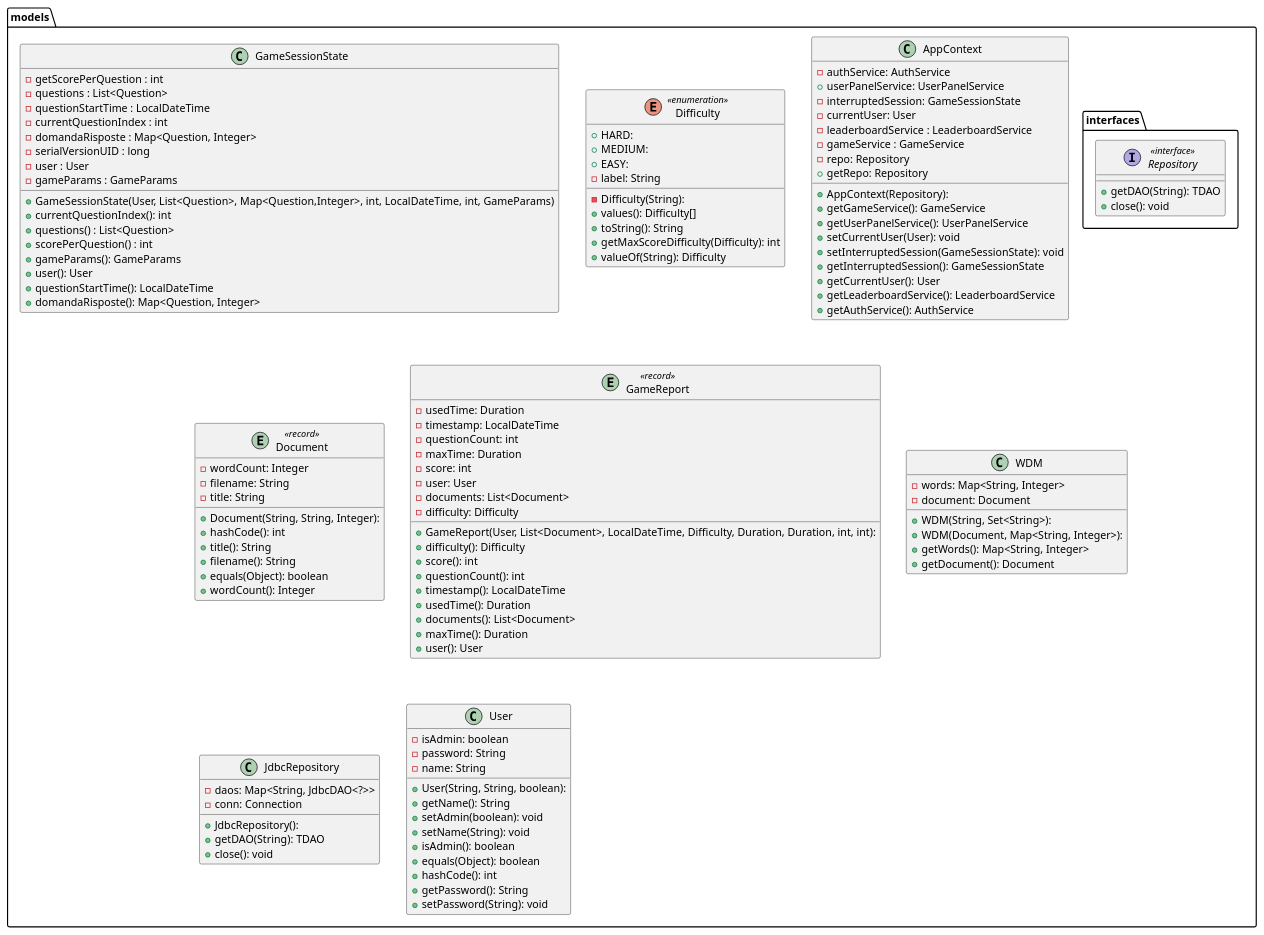
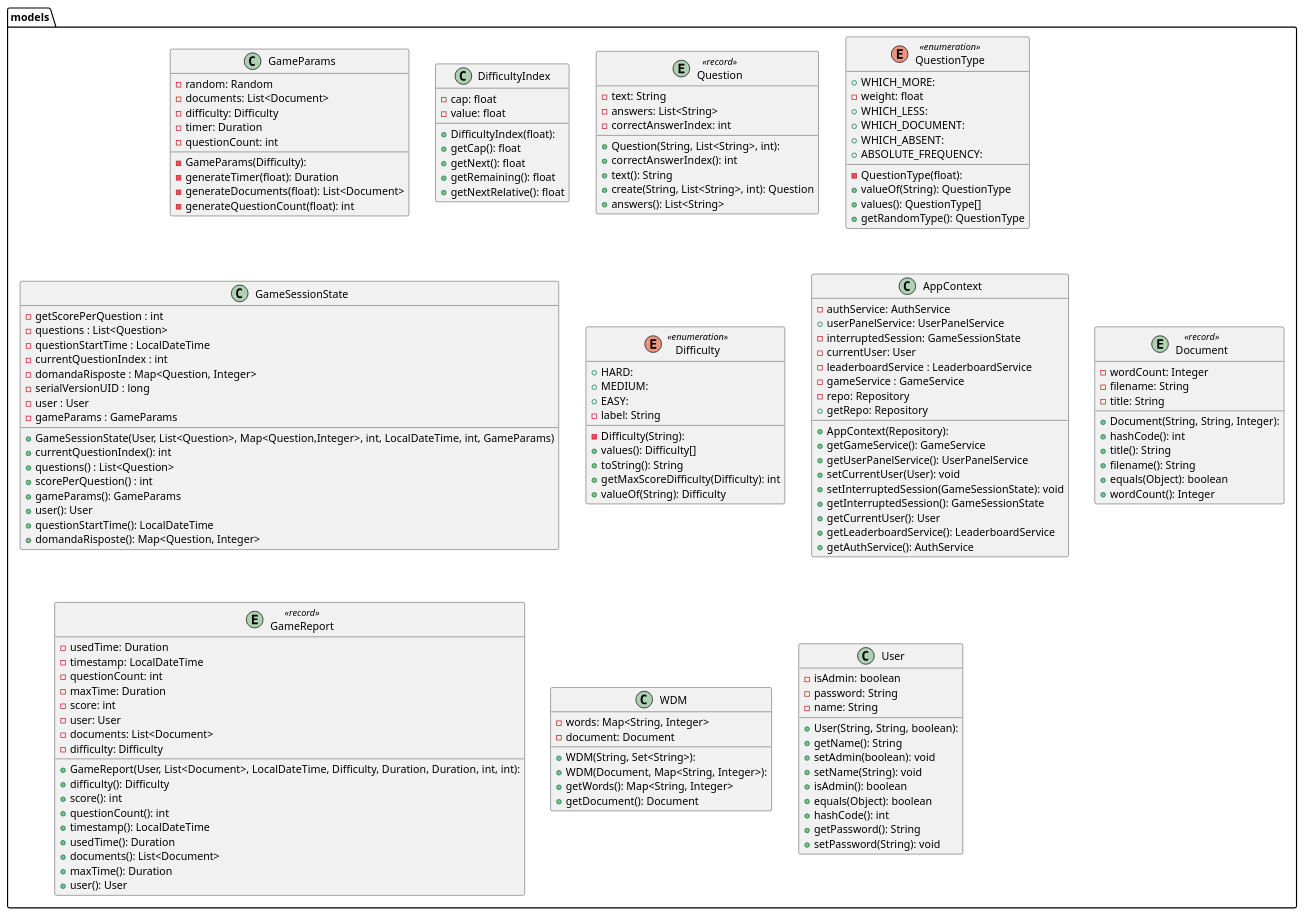
The diagram in docs/UML/Classi/models/models.puml (Bg735/Wordageddon-Gruppo_16), drawn with PlantUML before and after one commit. The commit also changed 13 other files, not shown here.

Commit message:
aggiornamento diagrammi

```diff
--- a/docs/UML/Classi/models/models.puml
+++ b/docs/UML/Classi/models/models.puml
@@ -1,120 +1,149 @@
 @startuml
+
 package models {
+    class GameParams {
+    - GameParams(Difficulty):
+    - random: Random
+    - documents: List<Document>
+    - difficulty: Difficulty
+    - timer: Duration
+    - questionCount: int
+    - generateTimer(float): Duration
+    - generateDocuments(float): List<Document>
+    - generateQuestionCount(float): int
+    }
+    class DifficultyIndex {
+    + DifficultyIndex(float):
+    - cap: float
+    - value: float
+    + getCap(): float
+    + getNext(): float
+    + getRemaining(): float
+    + getNextRelative(): float
+    }
+    entity Question << record >> {
+    + Question(String, List<String>, int):
+    - text: String
+    - answers: List<String>
+    - correctAnswerIndex: int
+    + correctAnswerIndex(): int
+    + text(): String
+    + create(String, List<String>, int): Question
+    + answers(): List<String>
+    }
+    enum QuestionType << enumeration >> {
+    - QuestionType(float):
+    + WHICH_MORE:
+    - weight: float
+    + WHICH_LESS:
+    + WHICH_DOCUMENT:
+    + WHICH_ABSENT:
+    + ABSOLUTE_FREQUENCY:
+    + valueOf(String): QuestionType
+    + values(): QuestionType[]
+    + getRandomType(): QuestionType
+    }
     class GameSessionState {
     - getScorePerQuestion : int
     - questions : List<Question>
     - questionStartTime : LocalDateTime
     - currentQuestionIndex : int
     - domandaRisposte : Map<Question, Integer>
     - serialVersionUID : long
     - user : User
     - gameParams : GameParams
     + GameSessionState(User, List<Question>, Map<Question,Integer>, int, LocalDateTime, int, GameParams)
     + currentQuestionIndex(): int
     + questions() : List<Question>
     + scorePerQuestion() : int
     + gameParams(): GameParams
     + user(): User
     + questionStartTime(): LocalDateTime
     + domandaRisposte(): Map<Question, Integer>
     }
     enum Difficulty << enumeration >> {
     - Difficulty(String):
     + HARD:
     + MEDIUM:
     + EASY:
     - label: String
     + values(): Difficulty[]
     + toString(): String
     + getMaxScoreDifficulty(Difficulty): int
     + valueOf(String): Difficulty
     }
     class AppContext {
     + AppContext(Repository):
     - authService: AuthService
     + userPanelService: UserPanelService
     - interruptedSession: GameSessionState
     - currentUser: User
     - leaderboardService : LeaderboardService
     - gameService : GameService
     - repo: Repository
     + getGameService(): GameService
     + getUserPanelService(): UserPanelService
     + setCurrentUser(User): void
     + setInterruptedSession(GameSessionState): void
     + getInterruptedSession(): GameSessionState
     + getCurrentUser(): User
     + getRepo: Repository
     + getLeaderboardService(): LeaderboardService
     + getAuthService(): AuthService
     }
     entity Document << record >> {
     + Document(String, String, Integer):
     - wordCount: Integer
     - filename: String
     - title: String
     + hashCode(): int
     + title(): String
     + filename(): String
     + equals(Object): boolean
     + wordCount(): Integer
     }
 
     entity GameReport << record >> {
     + GameReport(User, List<Document>, LocalDateTime, Difficulty, Duration, Duration, int, int):
     - usedTime: Duration
     - timestamp: LocalDateTime
     - questionCount: int
     - maxTime: Duration
     - score: int
     - user: User
     - documents: List<Document>
     - difficulty: Difficulty
     + difficulty(): Difficulty
     + score(): int
     + questionCount(): int
     + timestamp(): LocalDateTime
     + usedTime(): Duration
     + documents(): List<Document>
     + maxTime(): Duration
     + user(): User
     }
     class WDM {
     + WDM(String, Set<String>):
     + WDM(Document, Map<String, Integer>):
     - words: Map<String, Integer>
     - document: Document
     + getWords(): Map<String, Integer>
     + getDocument(): Document
     }
 
-    class JdbcRepository {
-    + JdbcRepository():
-    - daos: Map<String, JdbcDAO<?>>
-    - conn: Connection
-    + getDAO(String): TDAO
-    + close(): void
-    }
     class User {
     + User(String, String, boolean):
     - isAdmin: boolean
     - password: String
     - name: String
     + getName(): String
     + setAdmin(boolean): void
     + setName(String): void
     + isAdmin(): boolean
     + equals(Object): boolean
     + hashCode(): int
     + getPassword(): String
     + setPassword(String): void
     }
-
-    package interfaces {
-        interface Repository << interface >> {
-        + getDAO(String): TDAO
-        + close(): void
-        }
-    }
 }
 @enduml
```
